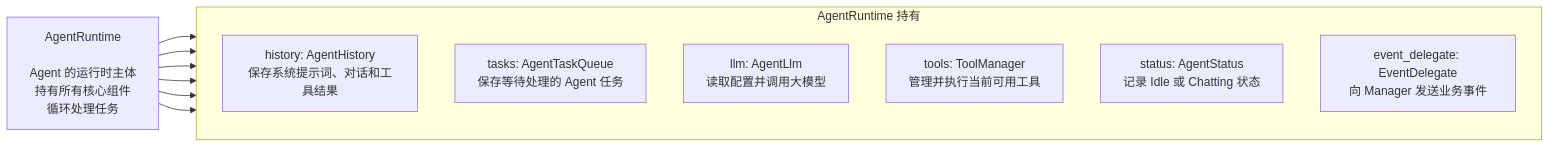
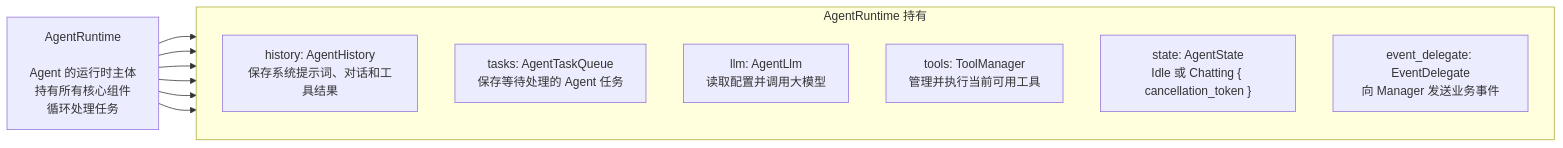
Before and after one commit to bysq-2006/CleanPilot: the first of 3 diagrams in src-tauri/src/agent/README.md, drawn with Mermaid. The commit also changed other lines of this file and 9 other files, not shown here.

````diff
--- a/src-tauri/src/agent/README.md
+++ b/src-tauri/src/agent/README.md
@@ -5,22 +5,22 @@
 ```mermaid
 flowchart LR
     RUNTIME["AgentRuntime<br/><br/>Agent 的运行时主体<br/>持有所有核心组件<br/>循环处理任务"]
 
     subgraph COMPONENTS[AgentRuntime 持有]
         direction TB
 
         HISTORY["history: AgentHistory<br/>保存系统提示词、对话和工具结果"]
         TASKS["tasks: AgentTaskQueue<br/>保存等待处理的 Agent 任务"]
         LLM["llm: AgentLlm<br/>读取配置并调用大模型"]
         TOOLS["tools: ToolManager<br/>管理并执行当前可用工具"]
-        STATUS["status: AgentStatus<br/>记录 Idle 或 Chatting 状态"]
+        STATE["state: AgentState<br/>Idle 或 Chatting { cancellation_token }"]
         EVENT["event_delegate: EventDelegate<br/>向 Manager 发送业务事件"]
     end
 
     RUNTIME --> HISTORY
     RUNTIME --> TASKS
     RUNTIME --> LLM
     RUNTIME --> TOOLS
-    RUNTIME --> STATUS
+    RUNTIME --> STATE
     RUNTIME --> EVENT
 ```
````
